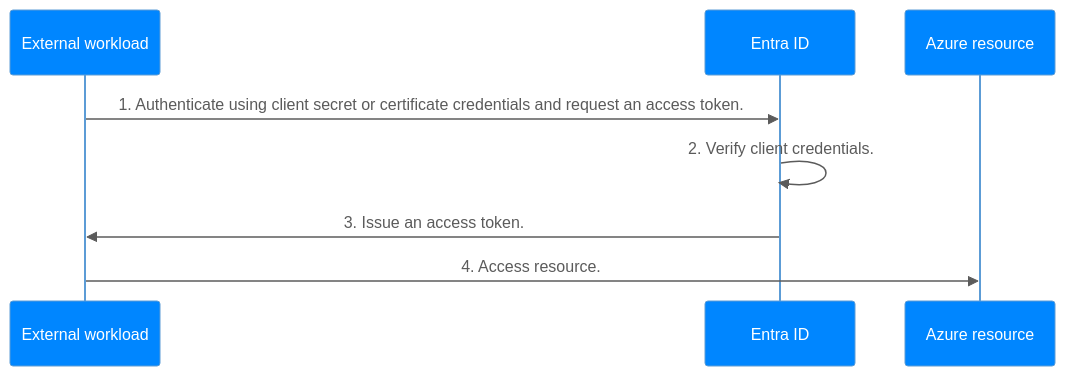
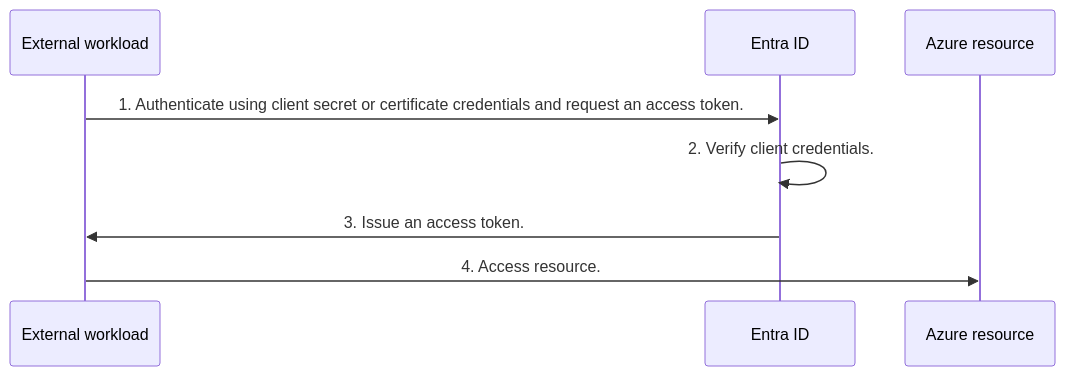
One commit to lucas-ko/lucas-ko.github.io changed the first of 3 diagrams in _posts/2025-01-11-Workload-Identity-Federation-Hidden-Risks.md. Above: the diagram before and after it, drawn with Mermaid.

````diff
--- a/_posts/2025-01-11-Workload-Identity-Federation-Hidden-Risks.md
+++ b/_posts/2025-01-11-Workload-Identity-Federation-Hidden-Risks.md
@@ -29,22 +29,22 @@
 ```mermaid
 %%{
   init: {
     'theme': 'base',
     'themeVariables': {
-      'primaryColor': '#0086FF',
-      'primaryTextColor': '#FFFFFF',
-      'textColor': '#5b5b5b',
-      'lineColor': '#5b5b5b',
-      'darkMode': 'true'
+      fontFamily: "Helvetica, Arial, Calibri"
+      'primaryColor': '#D0D0D0',
+      'signalColor': '#909090',
+      'signalTextColor': '#808080',
+      'darkMode': 'true
     }
   }
 }%%
 sequenceDiagram 
     participant EW as External workload
     participant EID as Entra ID
     participant Az as Azure resource
     EW ->> EID: 1. Authenticate using client secret or certificate credentials and request an access token.
     EID ->> EID: 2. Verify client credentials.
     EID ->> EW: 3. Issue an access token.
     EW ->> Az: 4. Access resource.
 ```
````
